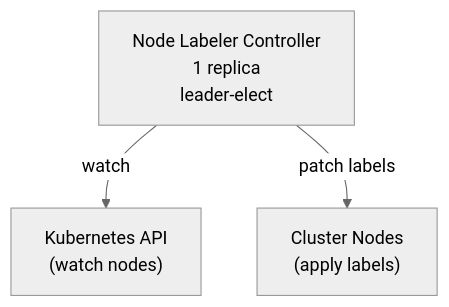
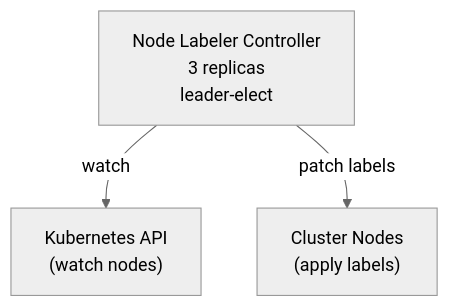
One commit to derhornspieler/harvester-rke2-platform changed diagram 12 of 13 in docs/engineering/services-reference.md. Above: the diagram before and after it, drawn with Mermaid (neutral theme). The commit also changed other lines of this file and 50 other files, not shown here.

````diff
--- a/docs/engineering/services-reference.md
+++ b/docs/engineering/services-reference.md
@@ -1725,9 +1736,9 @@
 ```mermaid
 graph TD
-    NL["Node Labeler Controller<br/>1 replica<br/>leader-elect"]
+    NL["Node Labeler Controller<br/>3 replicas<br/>leader-elect"]
     K8sAPI["Kubernetes API<br/>(watch nodes)"]
     Nodes["Cluster Nodes<br/>(apply labels)"]
 
     NL -->|"watch"| K8sAPI
     NL -->|"patch labels"| Nodes
 ```
````
